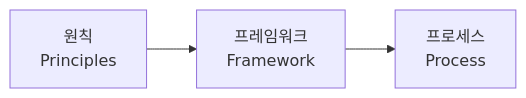
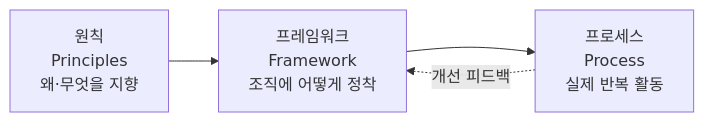
Before and after one commit to coninggu/wjdqhrhksflrltnftk: the diagram in content/iso-31000.md, drawn with Mermaid. The commit also changed other lines of this file and 16 other files, not shown here.

````diff
--- a/content/iso-31000.md
+++ b/content/iso-31000.md
@@ -14,5 +15,5 @@
 ```mermaid
 flowchart LR
-  P[원칙<br/>Principles] --> F[프레임워크<br/>Framework]
-  F --> PR[프로세스<br/>Process]
+  P[원칙<br/>Principles<br/>왜·무엇을 지향] --> F[프레임워크<br/>Framework<br/>조직에 어떻게 정착] --> PR[프로세스<br/>Process<br/>실제 반복 활동]
+  PR -. 개선 피드백 .-> F
 ```
````
